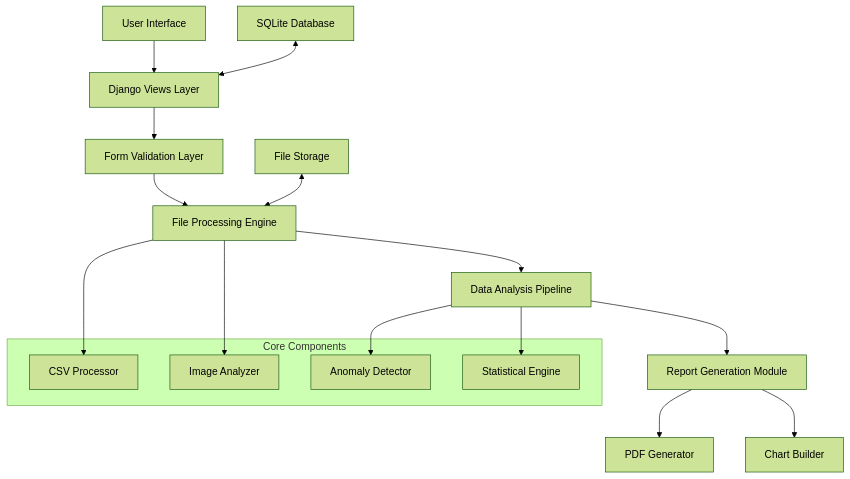
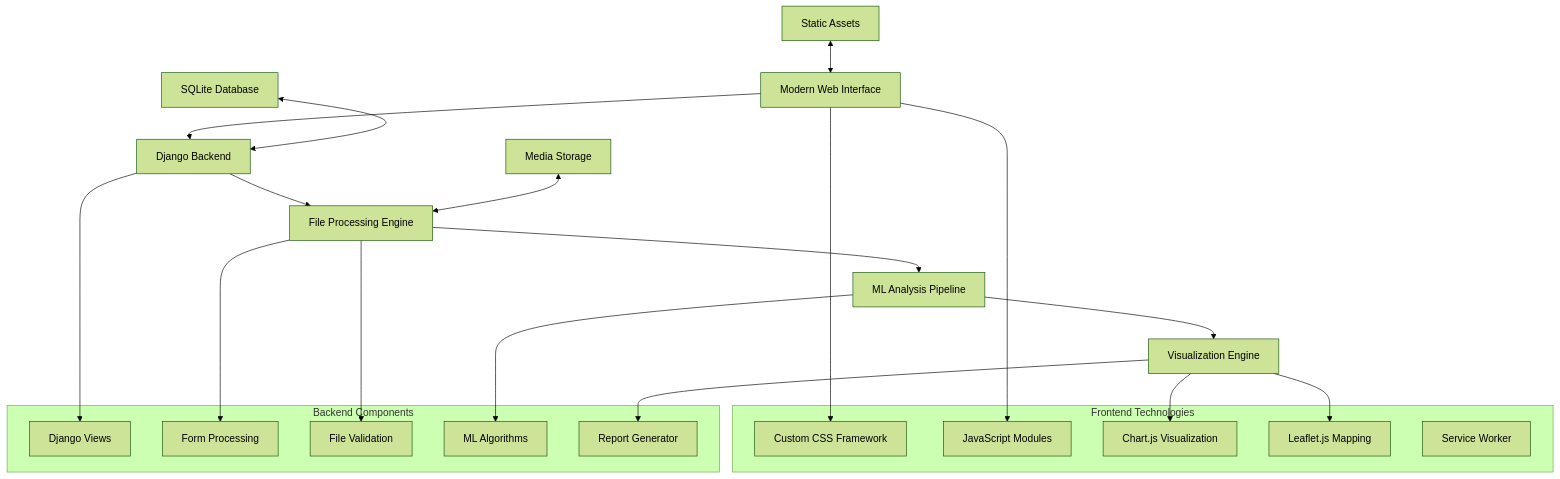
Before and after one commit to Naman-56-56/nika: the first of 2 diagrams in readme.md, drawn with Mermaid (forest theme). The commit also changed other lines of this file and 6 other files, not shown here.

````diff
--- a/readme.md
+++ b/readme.md
@@ -52,26 +165,38 @@
 ```mermaid
 graph TB
-    A[User Interface] --> B[Django Views Layer]
-    B --> C[Form Validation Layer]
-    C --> D[File Processing Engine]
-    D --> E[Data Analysis Pipeline]
-    E --> F[Report Generation Module]
+    A[Modern Web Interface] --> B[Django Backend]
+    B --> C[File Processing Engine]
+    C --> D[ML Analysis Pipeline]
+    D --> E[Visualization Engine]
     
-    subgraph "Core Components"
-        G[CSV Processor]
-        H[Image Analyzer]
-        I[Anomaly Detector]
-        J[Statistical Engine]
+    subgraph "Frontend Technologies"
+        F[Custom CSS Framework]
+        G[JavaScript Modules]
+        H[Chart.js Visualization]
+        I[Leaflet.js Mapping]
+        J[Service Worker]
     end
     
-    D --> G
-    D --> H
+    subgraph "Backend Components"
+        K[Django Views]
+        L[Form Processing]
+        M[File Validation]
+        N[ML Algorithms]
+        O[Report Generator]
+    end
+    
+    A --> F
+    A --> G
+    E --> H
     E --> I
-    E --> J
     
-    F --> K[PDF Generator]
-    F --> L[Chart Builder]
+    B --> K
+    C --> L
+    C --> M
+    D --> N
+    E --> O
     
-    M[SQLite Database] <--> B
-    N[File Storage] <--> D
+    P[SQLite Database] <--> B
+    Q[Media Storage] <--> C
+    R[Static Assets] <--> A
 ```
````
